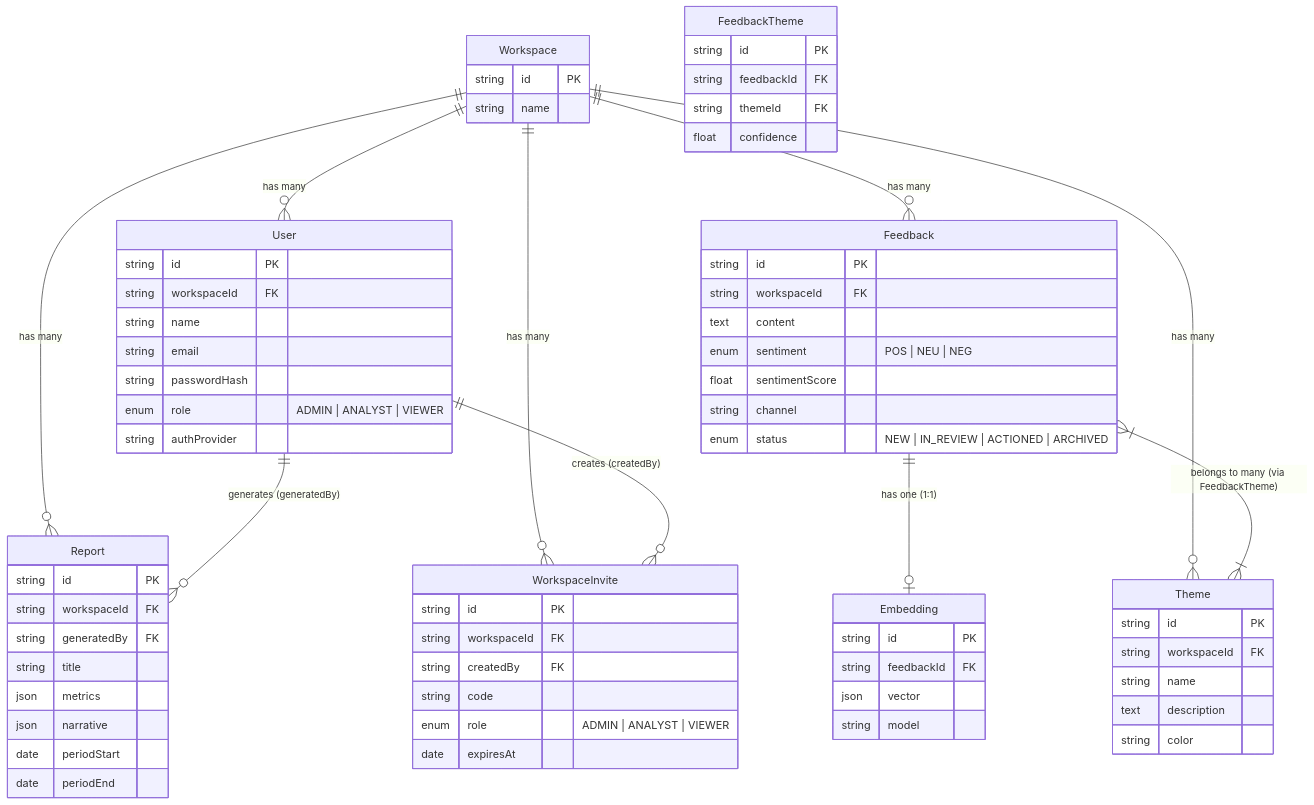
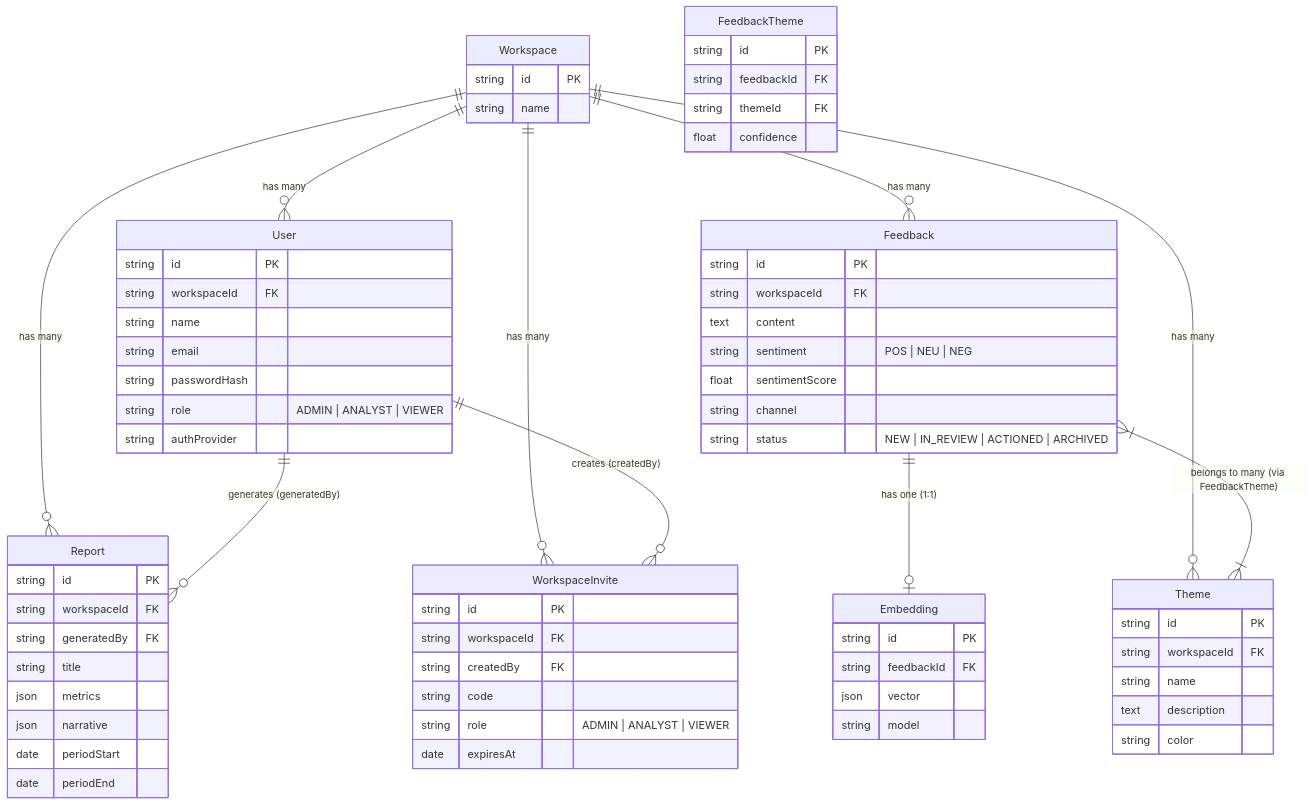
One commit to rudra1337-dev/loop changed the second of 2 diagrams in docs/architecture-backend.md. Above: the diagram before and after it, drawn with Mermaid. The commit also changed 2 other files, not shown here.

Commit message:
docs(architecture): fix Mermaid diagram syntax errors for GitHub renderer

````diff
--- a/docs/architecture-backend.md
+++ b/docs/architecture-backend.md
@@ -64,81 +64,81 @@
 ```mermaid
 erDiagram
     Workspace ||--o{ User : "has many"
     Workspace ||--o{ Feedback : "has many"
     Workspace ||--o{ Theme : "has many"
     Workspace ||--o{ Report : "has many"
     Workspace ||--o{ WorkspaceInvite : "has many"
 
     User ||--o{ Report : "generates (generatedBy)"
     User ||--o{ WorkspaceInvite : "creates (createdBy)"
 
     Feedback ||--o| Embedding : "has one (1:1)"
     Feedback }|--|{ Theme : "belongs to many (via FeedbackTheme)"
 
     Workspace {
         string id PK
         string name
     }
 
     User {
         string id PK
         string workspaceId FK
         string name
         string email
         string passwordHash
-        enum role "ADMIN | ANALYST | VIEWER"
+        string role "ADMIN | ANALYST | VIEWER"
         string authProvider
     }
 
     Feedback {
         string id PK
         string workspaceId FK
         text content
-        enum sentiment "POS | NEU | NEG"
+        string sentiment "POS | NEU | NEG"
         float sentimentScore
         string channel
-        enum status "NEW | IN_REVIEW | ACTIONED | ARCHIVED"
+        string status "NEW | IN_REVIEW | ACTIONED | ARCHIVED"
     }
 
     Theme {
         string id PK
         string workspaceId FK
         string name
         text description
         string color
     }
 
     FeedbackTheme {
         string id PK
         string feedbackId FK
         string themeId FK
         float confidence
     }
 
     Embedding {
         string id PK
         string feedbackId FK
         json vector
         string model
     }
 
     Report {
         string id PK
         string workspaceId FK
         string generatedBy FK
         string title
         json metrics
         json narrative
         date periodStart
         date periodEnd
     }
 
     WorkspaceInvite {
         string id PK
         string workspaceId FK
         string createdBy FK
         string code
-        enum role "ADMIN | ANALYST | VIEWER"
+        string role "ADMIN | ANALYST | VIEWER"
         date expiresAt
     }
 ```
````
